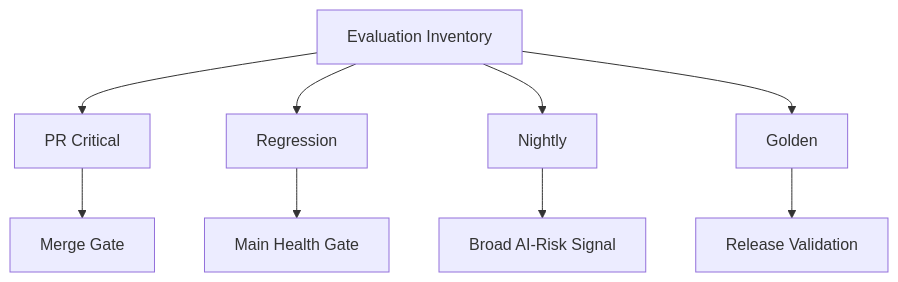
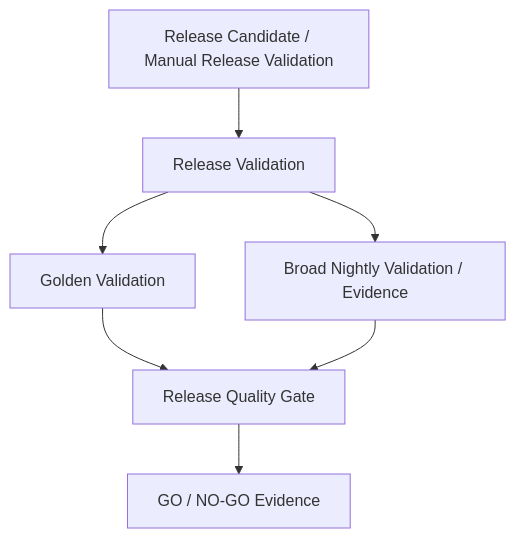
The fourth of 5 diagrams in docs/architecture.md (oleksandrserhieiev-beep/ai-qe-lab), drawn with Mermaid before and after one commit. The commit also changed other lines of this file, not shown here.

Commit message:
Synchronize canonical architecture with current implementation

````diff
--- a/docs/architecture.md
+++ b/docs/architecture.md
@@ -217,11 +204,9 @@
 ```mermaid
 flowchart TD
-    INV[Evaluation Inventory] --> PR[PR Critical]
-    INV --> RG[Regression]
-    INV --> N[Nightly]
-    INV --> G[Golden]
-    PR --> MG[Merge Gate]
-    RG --> MH[Main Health Gate]
-    N --> NR[Broad AI-Risk Signal]
-    G --> RV[Release Validation]
+    RC[Release Candidate / Manual Release Validation] --> RV[Release Validation]
+    RV --> G[Golden Validation]
+    RV --> N[Broad Nightly Validation / Evidence]
+    G --> Q[Release Quality Gate]
+    N --> Q
+    Q --> D[GO / NO-GO Evidence]
 ```
````
